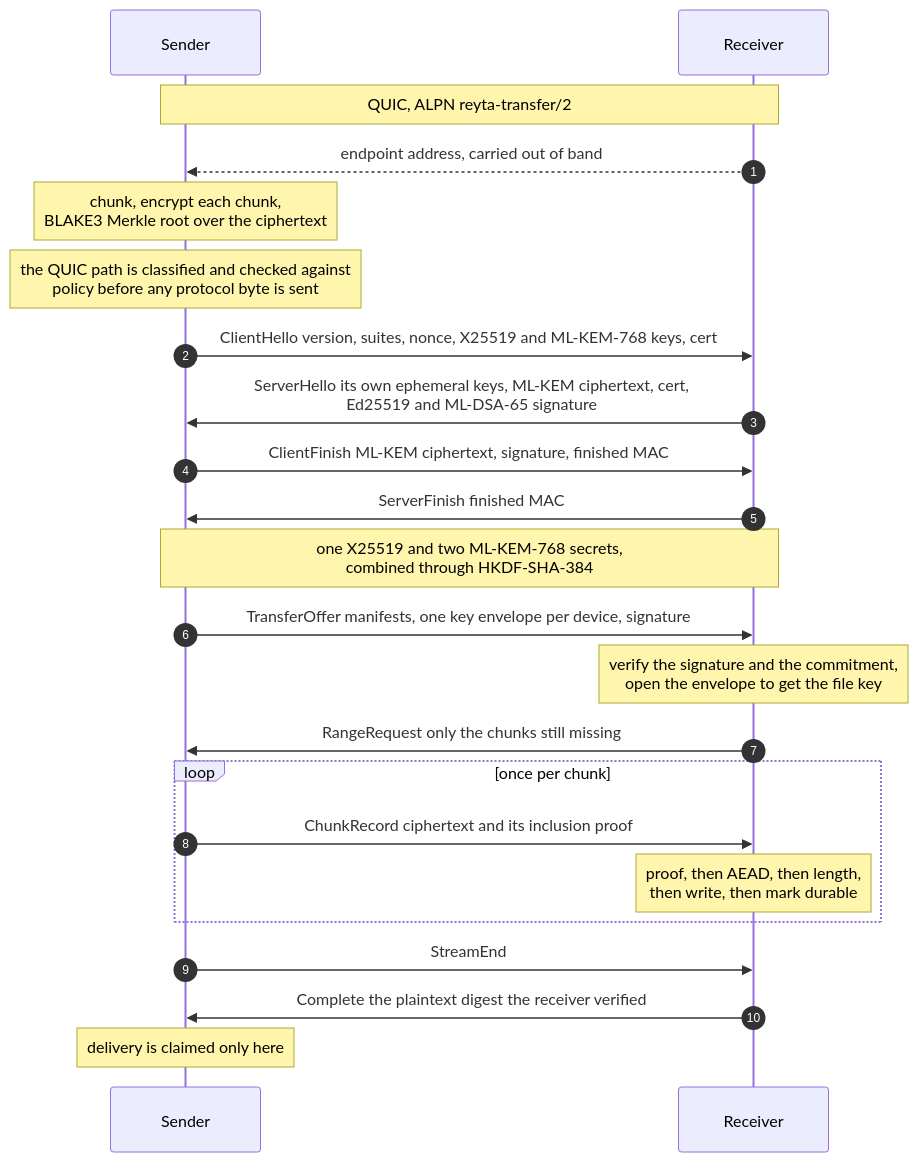
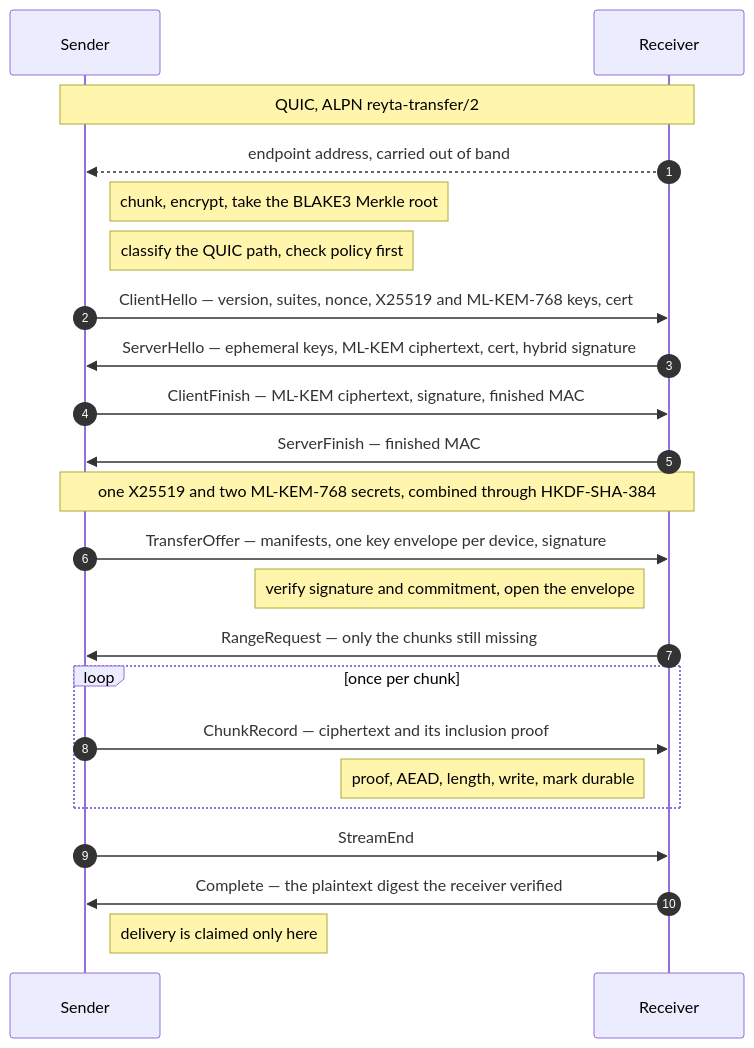
The diagram in README.md (aspectflow/reyta-transfer-protocol), drawn with Mermaid before and after one commit.

Commit message:
Fix the sequence diagram's line breaks and note placement
<br/> was dropped by some renderers, joining words together, and runs of
spaces used for column alignment collapse in SVG. Notes centred on a
lifeline also overflowed the canvas.

````diff
--- a/README.md
+++ b/README.md
@@ -90,30 +90,31 @@
 ```mermaid
 sequenceDiagram
     autonumber
     participant S as Sender
     participant R as Receiver
 
     Note over S,R: QUIC, ALPN reyta-transfer/2
     R-->>S: endpoint address, carried out of band
-    Note over S: chunk, encrypt each chunk,<br/>BLAKE3 Merkle root over the ciphertext
-    Note over S: the QUIC path is classified and checked against<br/>policy before any protocol byte is sent
 
-    S->>R: ClientHello   version, suites, nonce, X25519 and ML-KEM-768 keys, cert
-    R->>S: ServerHello   its own ephemeral keys, ML-KEM ciphertext, cert,<br/>Ed25519 and ML-DSA-65 signature
-    S->>R: ClientFinish  ML-KEM ciphertext, signature, finished MAC
-    R->>S: ServerFinish  finished MAC
-    Note over S,R: one X25519 and two ML-KEM-768 secrets,<br/>combined through HKDF-SHA-384
+    Note right of S: chunk, encrypt, take the BLAKE3 Merkle root
+    Note right of S: classify the QUIC path, check policy first
 
-    S->>R: TransferOffer  manifests, one key envelope per device, signature
-    Note over R: verify the signature and the commitment,<br/>open the envelope to get the file key
+    S->>R: ClientHello — version, suites, nonce, X25519 and ML-KEM-768 keys, cert
+    R->>S: ServerHello — ephemeral keys, ML-KEM ciphertext, cert, hybrid signature
+    S->>R: ClientFinish — ML-KEM ciphertext, signature, finished MAC
+    R->>S: ServerFinish — finished MAC
+    Note over S,R: one X25519 and two ML-KEM-768 secrets, combined through HKDF-SHA-384
 
-    R->>S: RangeRequest  only the chunks still missing
+    S->>R: TransferOffer — manifests, one key envelope per device, signature
+    Note left of R: verify signature and commitment, open the envelope
+
+    R->>S: RangeRequest — only the chunks still missing
     loop once per chunk
-        S->>R: ChunkRecord  ciphertext and its inclusion proof
-        Note over R: proof, then AEAD, then length,<br/>then write, then mark durable
+        S->>R: ChunkRecord — ciphertext and its inclusion proof
+        Note left of R: proof, AEAD, length, write, mark durable
     end
+
     S->>R: StreamEnd
-    R->>S: Complete  the plaintext digest the receiver verified
-
-    Note over S: delivery is claimed only here
+    R->>S: Complete — the plaintext digest the receiver verified
+    Note right of S: delivery is claimed only here
 ```
````
